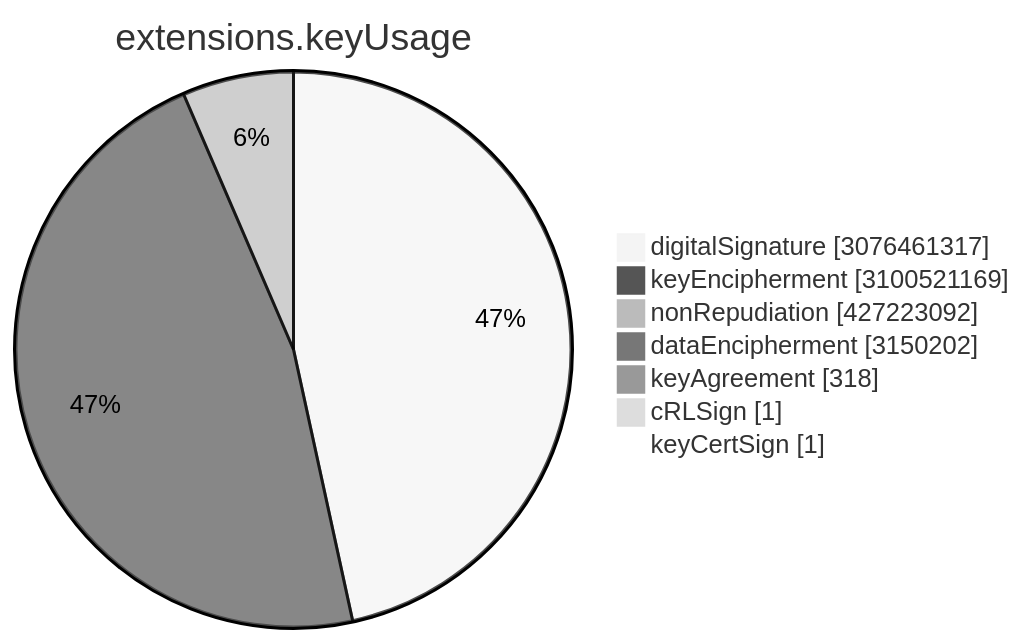
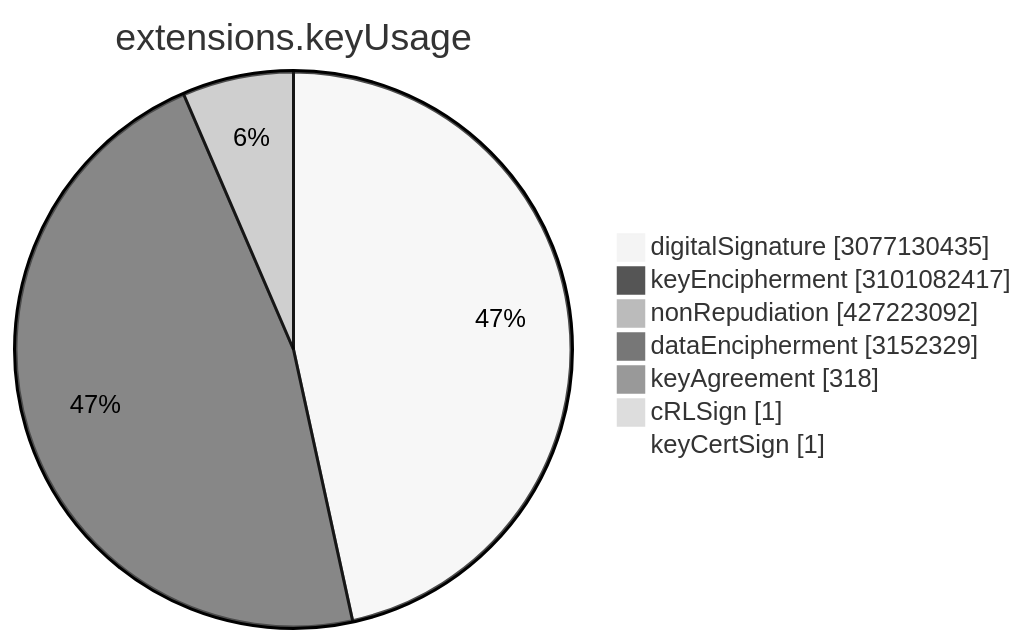
Before and after one commit to christiankrug/ctmonitor_visualization: the sixth of 15 diagrams in TOTAL/README.md, drawn with Mermaid (neutral theme). The commit also changed other lines of this file, not shown here.

````diff
--- a/TOTAL/README.md
+++ b/TOTAL/README.md
@@ -3075,11 +3075,11 @@
 ```mermaid
 pie showData
 title extensions.keyUsage
-"digitalSignature" :3076461317
-"keyEncipherment" :3100521169
+"digitalSignature" :3077130435
+"keyEncipherment" :3101082417
 "nonRepudiation" :427223092
-"dataEncipherment" :3150202
+"dataEncipherment" :3152329
 "keyAgreement" :318
 "cRLSign" :1
 "keyCertSign" :1
 ```
````
